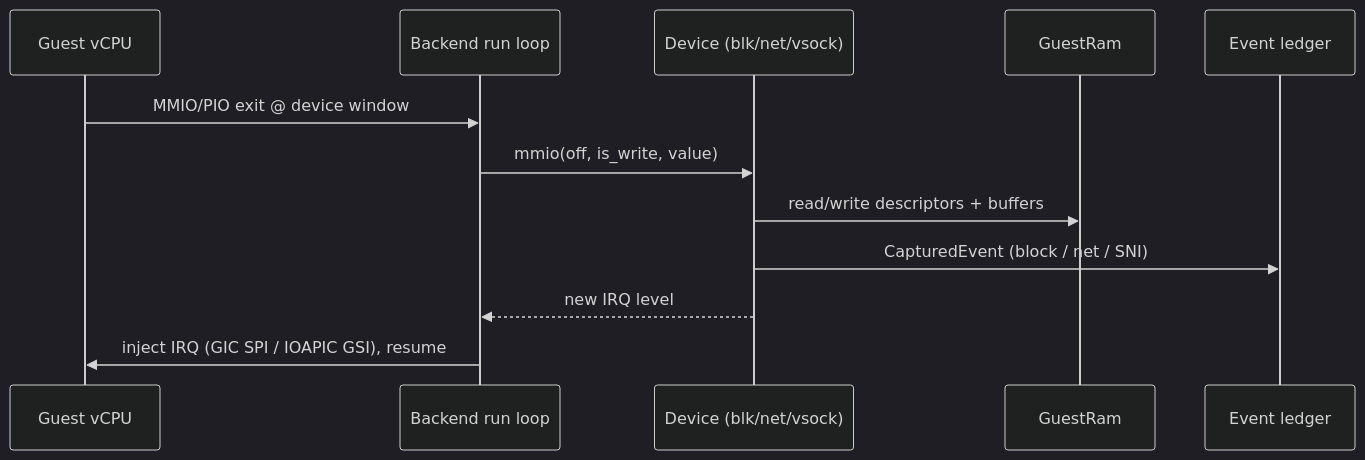
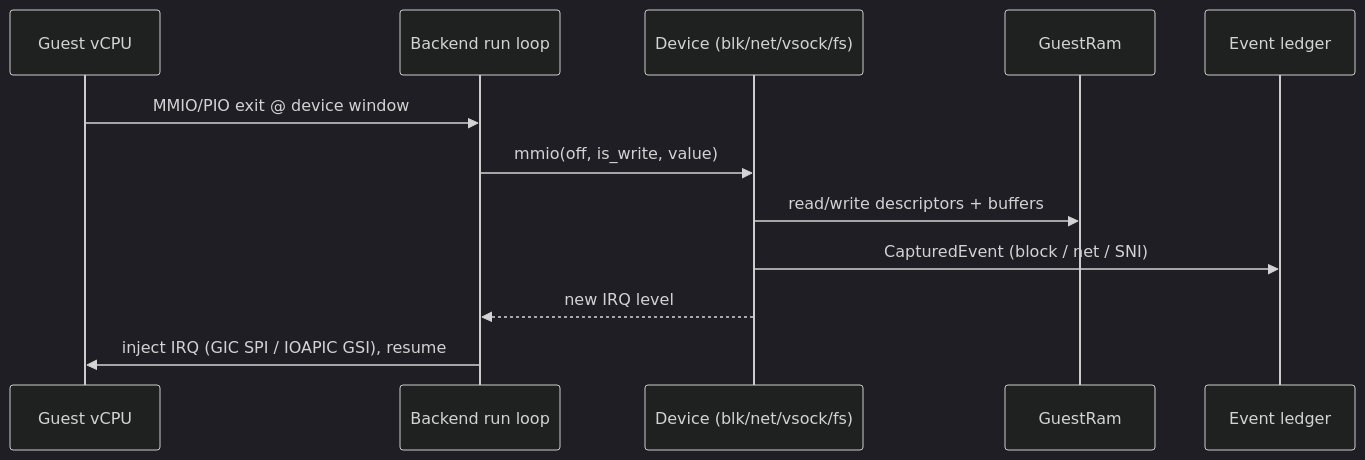
The fifth of 5 diagrams in docs/architecture.md (brig-sh/hvi-vmm), drawn with Mermaid (dark theme) before and after one commit. The commit also changed other lines of this file and 4 other files, not shown here.

````diff
--- a/docs/architecture.md
+++ b/docs/architecture.md
@@ -243,14 +273,14 @@
 ```mermaid
 sequenceDiagram
     participant G as Guest vCPU
     participant B as Backend run loop
-    participant D as Device (blk/net/vsock)
+    participant D as Device (blk/net/vsock/fs)
     participant M as GuestRam
     participant L as Event ledger
     G->>B: MMIO/PIO exit @ device window
     B->>D: mmio(off, is_write, value)
     D->>M: read/write descriptors + buffers
     D->>L: CapturedEvent (block / net / SNI)
     D-->>B: new IRQ level
     B->>G: inject IRQ (GIC SPI / IOAPIC GSI), resume
 ```
````
